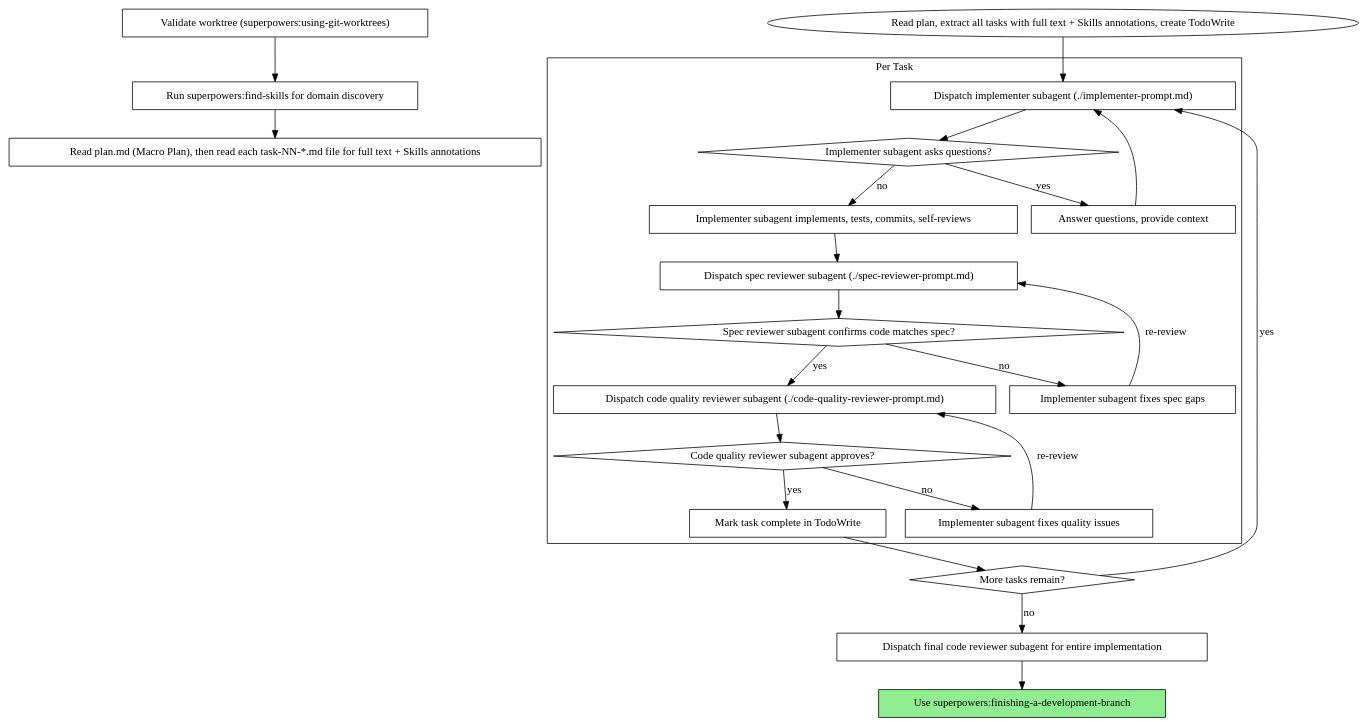
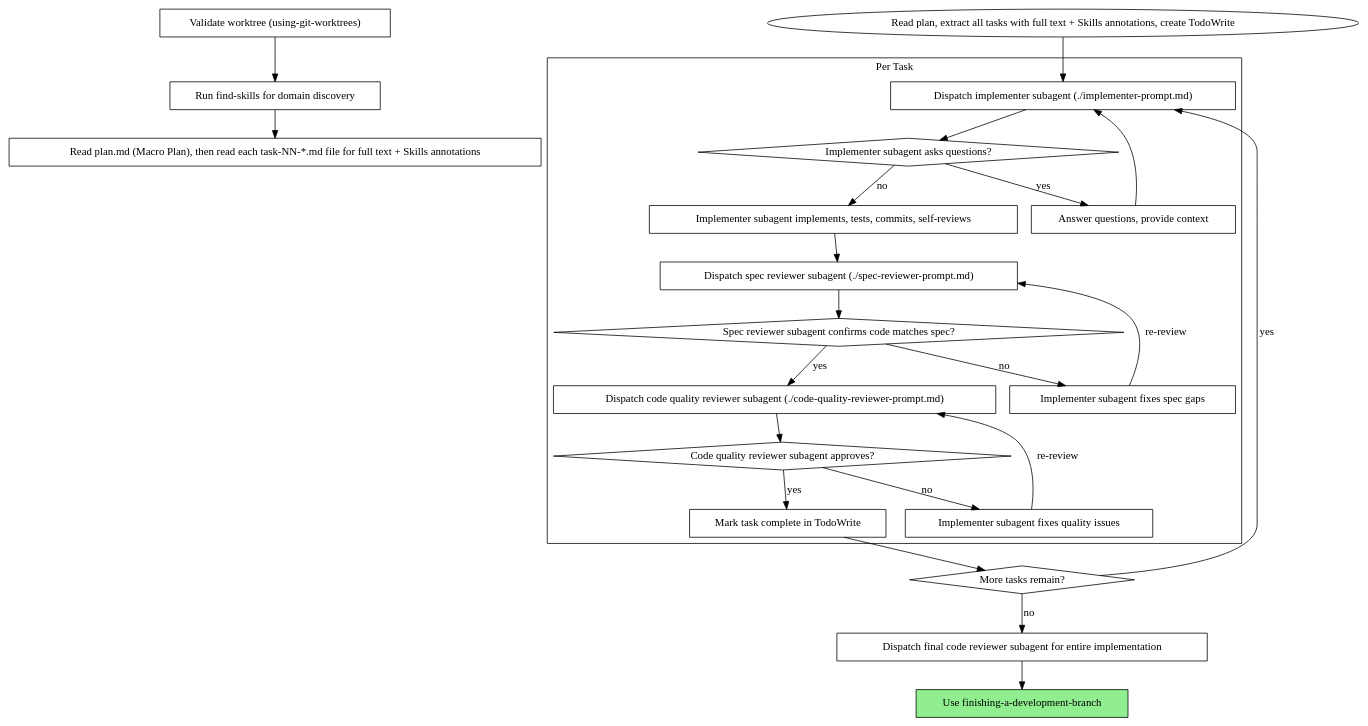
Before and after one commit to ivomiyashiro/ivos-skills: the second of 2 diagrams in skills/subagent-driven-development/SKILL.md, drawn with Graphviz. The commit also changed other lines of this file and 10 other files, not shown here.

````diff
--- a/skills/subagent-driven-development/SKILL.md
+++ b/skills/subagent-driven-development/SKILL.md
@@ -44,49 +49,49 @@
 ```dot
 digraph process {
     rankdir=TB;
 
-    "Validate worktree (superpowers:using-git-worktrees)" [shape=box];
-    "Run superpowers:find-skills for domain discovery" [shape=box];
+    "Validate worktree (using-git-worktrees)" [shape=box];
+    "Run find-skills for domain discovery" [shape=box];
     "Read plan.md (Macro Plan), then read each task-NN-*.md file for full text + Skills annotations" [shape=box];
 
     subgraph cluster_per_task {
         label="Per Task";
         "Dispatch implementer subagent (./implementer-prompt.md)" [shape=box];
         "Implementer subagent asks questions?" [shape=diamond];
         "Answer questions, provide context" [shape=box];
         "Implementer subagent implements, tests, commits, self-reviews" [shape=box];
         "Dispatch spec reviewer subagent (./spec-reviewer-prompt.md)" [shape=box];
         "Spec reviewer subagent confirms code matches spec?" [shape=diamond];
         "Implementer subagent fixes spec gaps" [shape=box];
         "Dispatch code quality reviewer subagent (./code-quality-reviewer-prompt.md)" [shape=box];
         "Code quality reviewer subagent approves?" [shape=diamond];
         "Implementer subagent fixes quality issues" [shape=box];
         "Mark task complete in TodoWrite" [shape=box];
     }
 
     "More tasks remain?" [shape=diamond];
     "Dispatch final code reviewer subagent for entire implementation" [shape=box];
-    "Use superpowers:finishing-a-development-branch" [shape=box style=filled fillcolor=lightgreen];
+    "Use finishing-a-development-branch" [shape=box style=filled fillcolor=lightgreen];
 
-    "Validate worktree (superpowers:using-git-worktrees)" -> "Run superpowers:find-skills for domain discovery";
-    "Run superpowers:find-skills for domain discovery" -> "Read plan.md (Macro Plan), then read each task-NN-*.md file for full text + Skills annotations";
+    "Validate worktree (using-git-worktrees)" -> "Run find-skills for domain discovery";
+    "Run find-skills for domain discovery" -> "Read plan.md (Macro Plan), then read each task-NN-*.md file for full text + Skills annotations";
     "Read plan, extract all tasks with full text + Skills annotations, create TodoWrite" -> "Dispatch implementer subagent (./implementer-prompt.md)";
     "Dispatch implementer subagent (./implementer-prompt.md)" -> "Implementer subagent asks questions?";
     "Implementer subagent asks questions?" -> "Answer questions, provide context" [label="yes"];
     "Answer questions, provide context" -> "Dispatch implementer subagent (./implementer-prompt.md)";
     "Implementer subagent asks questions?" -> "Implementer subagent implements, tests, commits, self-reviews" [label="no"];
     "Implementer subagent implements, tests, commits, self-reviews" -> "Dispatch spec reviewer subagent (./spec-reviewer-prompt.md)";
     "Dispatch spec reviewer subagent (./spec-reviewer-prompt.md)" -> "Spec reviewer subagent confirms code matches spec?";
     "Spec reviewer subagent confirms code matches spec?" -> "Implementer subagent fixes spec gaps" [label="no"];
     "Implementer subagent fixes spec gaps" -> "Dispatch spec reviewer subagent (./spec-reviewer-prompt.md)" [label="re-review"];
     "Spec reviewer subagent confirms code matches spec?" -> "Dispatch code quality reviewer subagent (./code-quality-reviewer-prompt.md)" [label="yes"];
     "Dispatch code quality reviewer subagent (./code-quality-reviewer-prompt.md)" -> "Code quality reviewer subagent approves?";
     "Code quality reviewer subagent approves?" -> "Implementer subagent fixes quality issues" [label="no"];
     "Implementer subagent fixes quality issues" -> "Dispatch code quality reviewer subagent (./code-quality-reviewer-prompt.md)" [label="re-review"];
     "Code quality reviewer subagent approves?" -> "Mark task complete in TodoWrite" [label="yes"];
     "Mark task complete in TodoWrite" -> "More tasks remain?";
     "More tasks remain?" -> "Dispatch implementer subagent (./implementer-prompt.md)" [label="yes"];
     "More tasks remain?" -> "Dispatch final code reviewer subagent for entire implementation" [label="no"];
-    "Dispatch final code reviewer subagent for entire implementation" -> "Use superpowers:finishing-a-development-branch";
+    "Dispatch final code reviewer subagent for entire implementation" -> "Use finishing-a-development-branch";
 }
 ```
````
